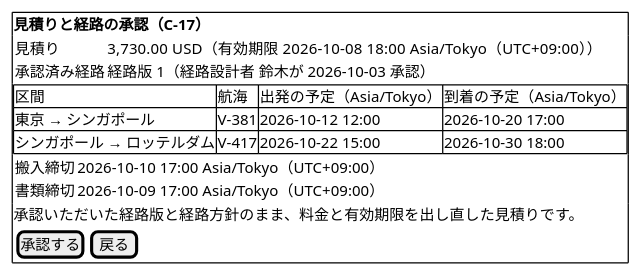
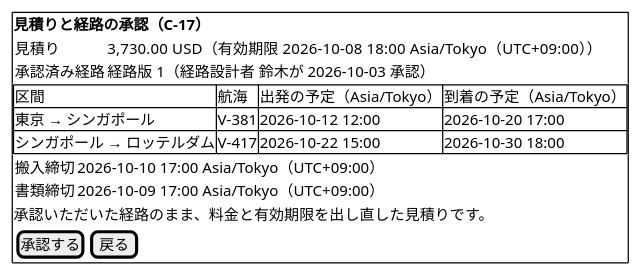
Before and after one commit to k2works/practical-domain-driven-design-in-enterpris-application: diagram 19 of 37 in docs/design/cargo-tracker/ui_design.md, drawn with PlantUML. The commit also changed other lines of this file and 38 other files, not shown here.

````diff
--- a/docs/design/cargo-tracker/ui_design.md
+++ b/docs/design/cargo-tracker/ui_design.md
@@ -970,22 +970,22 @@
 ```plantuml
 @startsalt
 {+
   <b>見積りと経路の承認（C-17）
   {
     見積り | 3,730.00 USD（有効期限 2026-10-08 18:00 Asia/Tokyo（UTC+09:00））
     承認済み経路 | 経路版 1（経路設計者 鈴木が 2026-10-03 承認）
   }
   {#
     区間 | 航海 | 出発の予定（Asia/Tokyo） | 到着の予定（Asia/Tokyo）
     東京 → シンガポール | V-381 | 2026-10-12 12:00 | 2026-10-20 17:00
     シンガポール → ロッテルダム | V-417 | 2026-10-22 15:00 | 2026-10-30 18:00
   }
   {
     搬入締切 | 2026-10-10 17:00 Asia/Tokyo（UTC+09:00）
     書類締切 | 2026-10-09 17:00 Asia/Tokyo（UTC+09:00）
   }
-  承認いただいた経路版と経路方針のまま、料金と有効期限を出し直した見積りです。
+  承認いただいた経路のまま、料金と有効期限を出し直した見積りです。
   { [ 承認する ] | [ 戻る ] }
 }
 @endsalt
 ```
````
